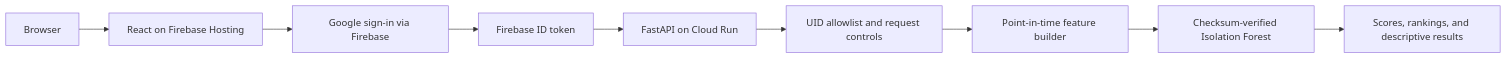
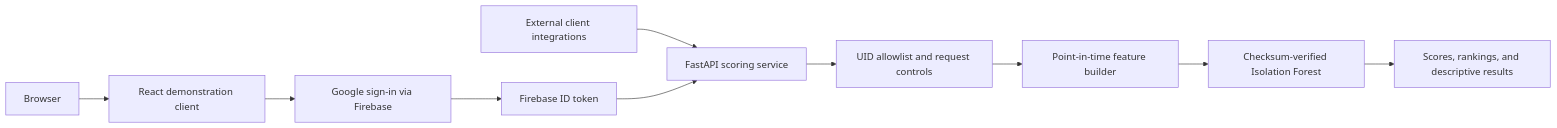
One commit to Extreme-Ending/solana-wash-trading-detection changed the second of 2 diagrams in README.md. Above: the diagram before and after it, drawn with Mermaid. The commit also changed other lines of this file and 70 other files, not shown here.

````diff
--- a/README.md
+++ b/README.md
@@ -117,11 +123,12 @@
 ```mermaid
 flowchart LR
-    U[Browser] --> H[React on Firebase Hosting]
+    C[External client integrations] --> API[FastAPI scoring service]
+    U[Browser] --> H[React demonstration client]
     H --> A[Google sign-in via Firebase]
     A --> T[Firebase ID token]
-    T --> API[FastAPI on Cloud Run]
+    T --> API
     API --> Z[UID allowlist and request controls]
     Z --> FE[Point-in-time feature builder]
     FE --> M[Checksum-verified Isolation Forest]
     M --> R[Scores, rankings, and descriptive results]
 ```
````
